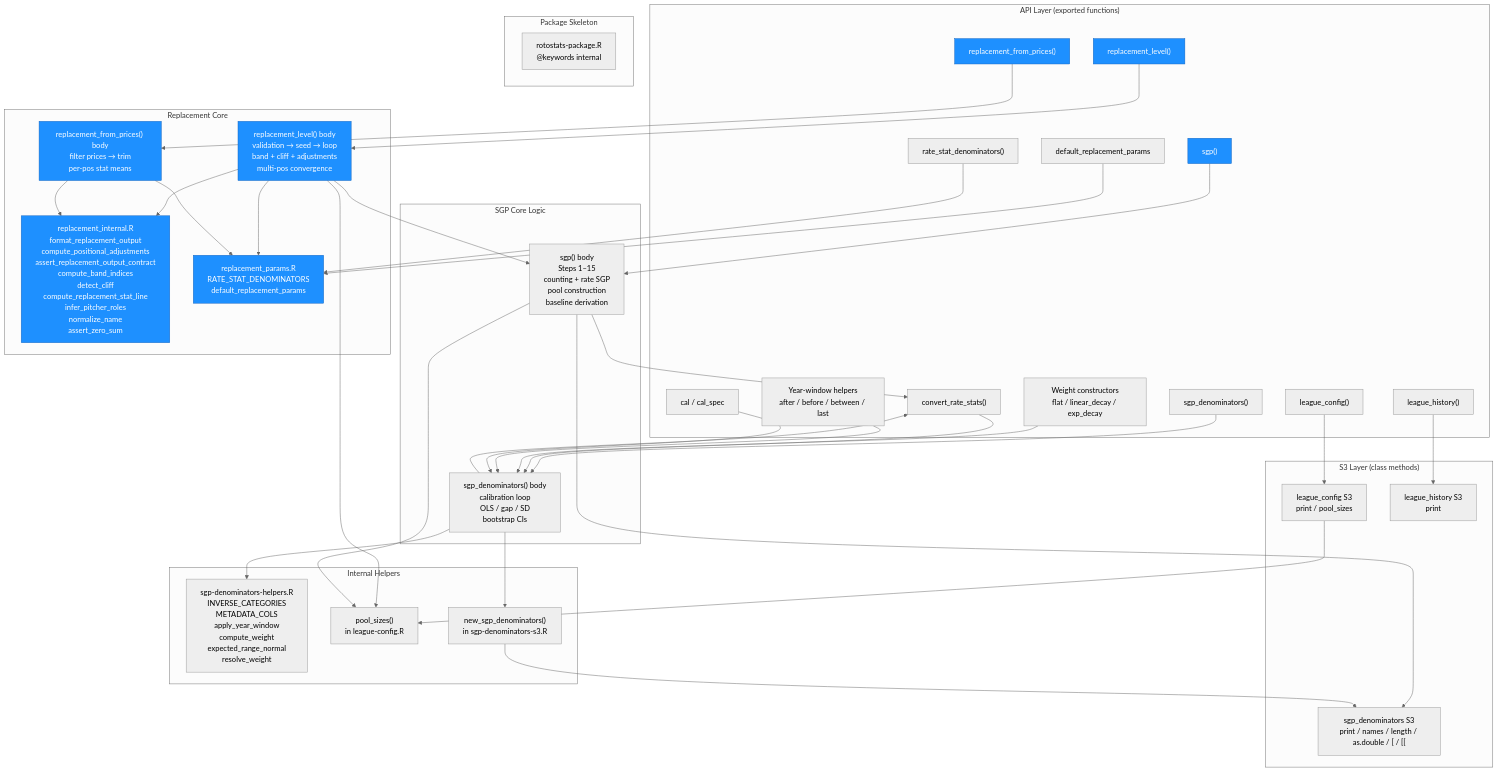
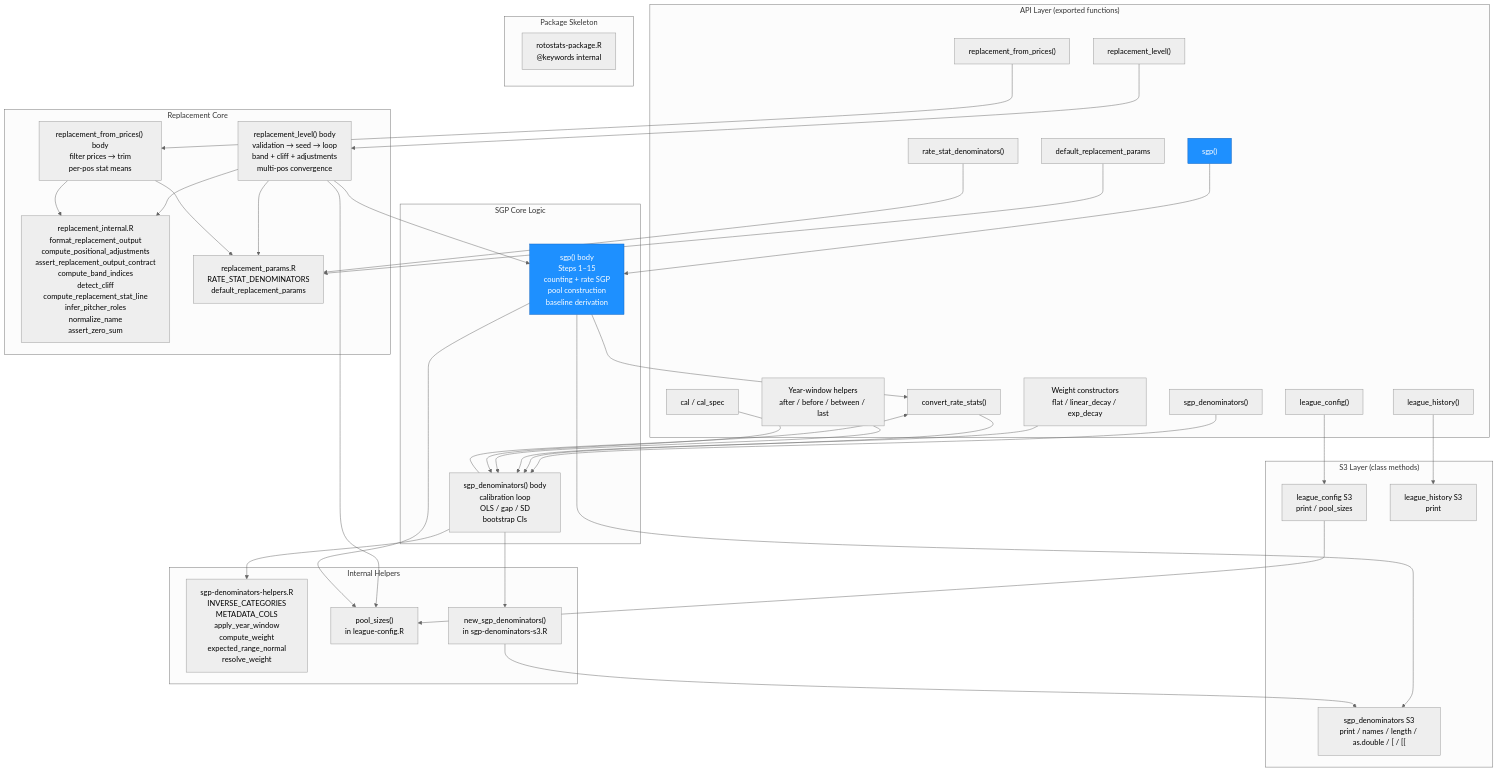
One commit to JDenn0514/rotostats changed the first of 5 diagrams in ARCHITECTURE.md. Above: the diagram before and after it, drawn with Mermaid. The commit also changed other lines of this file and 1 other file, not shown here.

First line of the commit message:
docs(sgp): regenerate man/sgp.Rd for pool_baseline + warning-class split

````diff
--- a/ARCHITECTURE.md
+++ b/ARCHITECTURE.md
@@ -92,11 +92,6 @@
     YW --> SGPD_BODY
     CS --> SGPD_BODY
 
-    style RL fill:#1e90ff,stroke:#1565c0,color:#fff
-    style RFP fill:#1e90ff,stroke:#1565c0,color:#fff
-    style RL_BODY fill:#1e90ff,stroke:#1565c0,color:#fff
-    style RFP_BODY fill:#1e90ff,stroke:#1565c0,color:#fff
-    style RL_INT fill:#1e90ff,stroke:#1565c0,color:#fff
-    style RL_PARAMS fill:#1e90ff,stroke:#1565c0,color:#fff
     style SGP fill:#1e90ff,stroke:#1565c0,color:#fff
+    style SGP_BODY fill:#1e90ff,stroke:#1565c0,color:#fff
 ```
````
